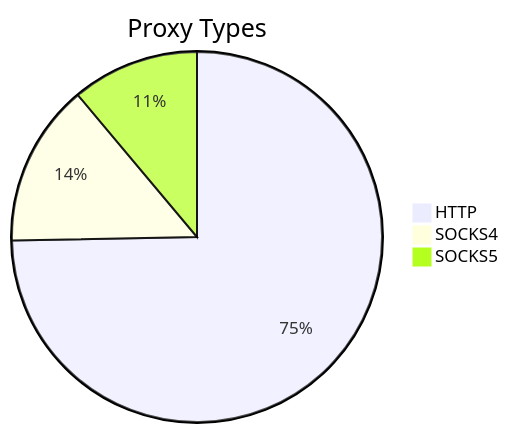
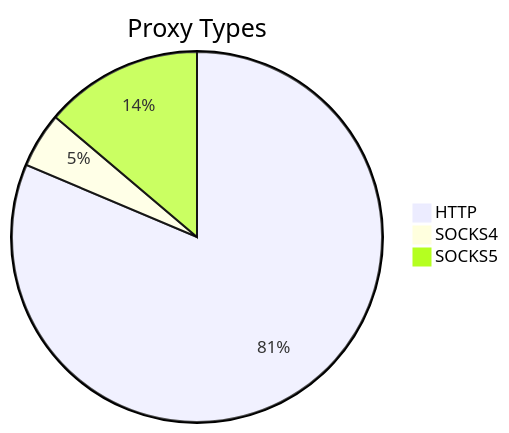
The first of 2 diagrams in README.md (stormsia/proxy-list), drawn with Mermaid before and after one commit. The commit also changed other lines of this file, not shown here.

````diff
--- a/README.md
+++ b/README.md
@@ -21,6 +21,6 @@
 ```mermaid
 pie title Proxy Types
-    "HTTP" : 316
-    "SOCKS4" : 60
-    "SOCKS5" : 47
+    "HTTP" : 371
+    "SOCKS4" : 22
+    "SOCKS5" : 63
 ```
````
